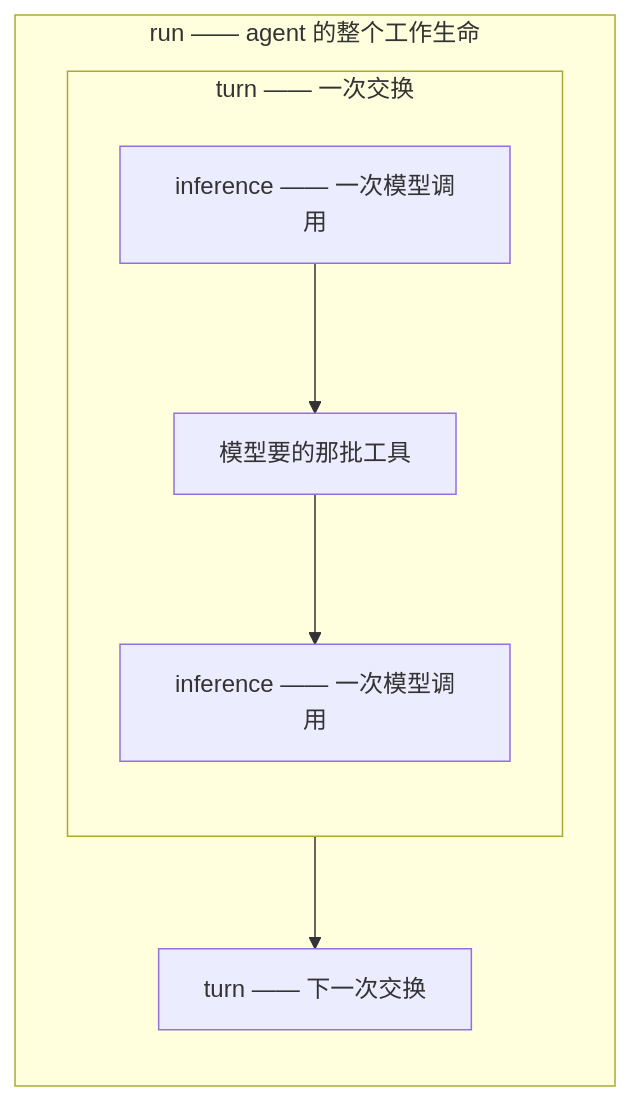
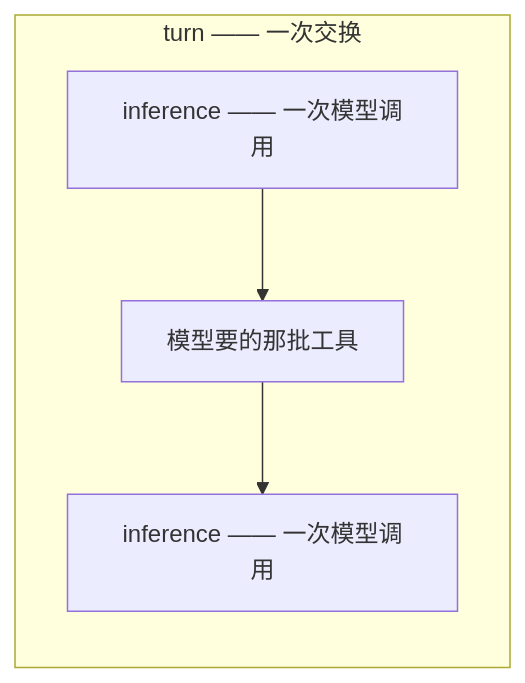
One commit to genai-io/sdk-go changed the first of 5 diagrams in docs/agent.zh-CN.md. Above: the diagram before and after it, drawn with Mermaid. The commit also changed other lines of this file and 3 other files, not shown here.

````diff
--- a/docs/agent.zh-CN.md
+++ b/docs/agent.zh-CN.md
@@ -29,15 +32,10 @@
 ```mermaid
 flowchart TB
-    subgraph run["run —— agent 的整个工作生命"]
+    subgraph turn["turn —— 一次交换"]
         direction TB
-        subgraph turn["turn —— 一次交换"]
-            direction TB
-            inf1["inference —— 一次模型调用"]
-            tools["模型要的那批工具"]
-            inf2["inference —— 一次模型调用"]
-            inf1 --> tools --> inf2
-        end
-        turn2["turn —— 下一次交换"]
-        turn --> turn2
+        inf1["inference —— 一次模型调用"]
+        tools["模型要的那批工具"]
+        inf2["inference —— 一次模型调用"]
+        inf1 --> tools --> inf2
     end
 ```
````
